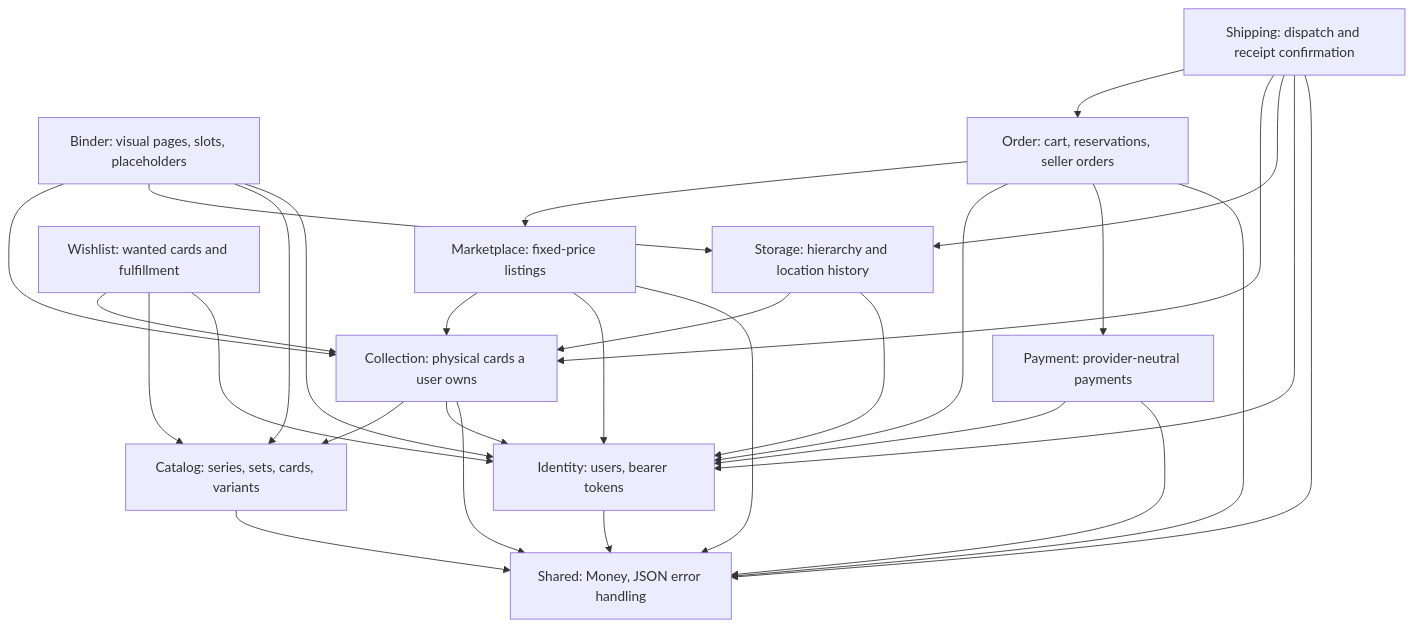
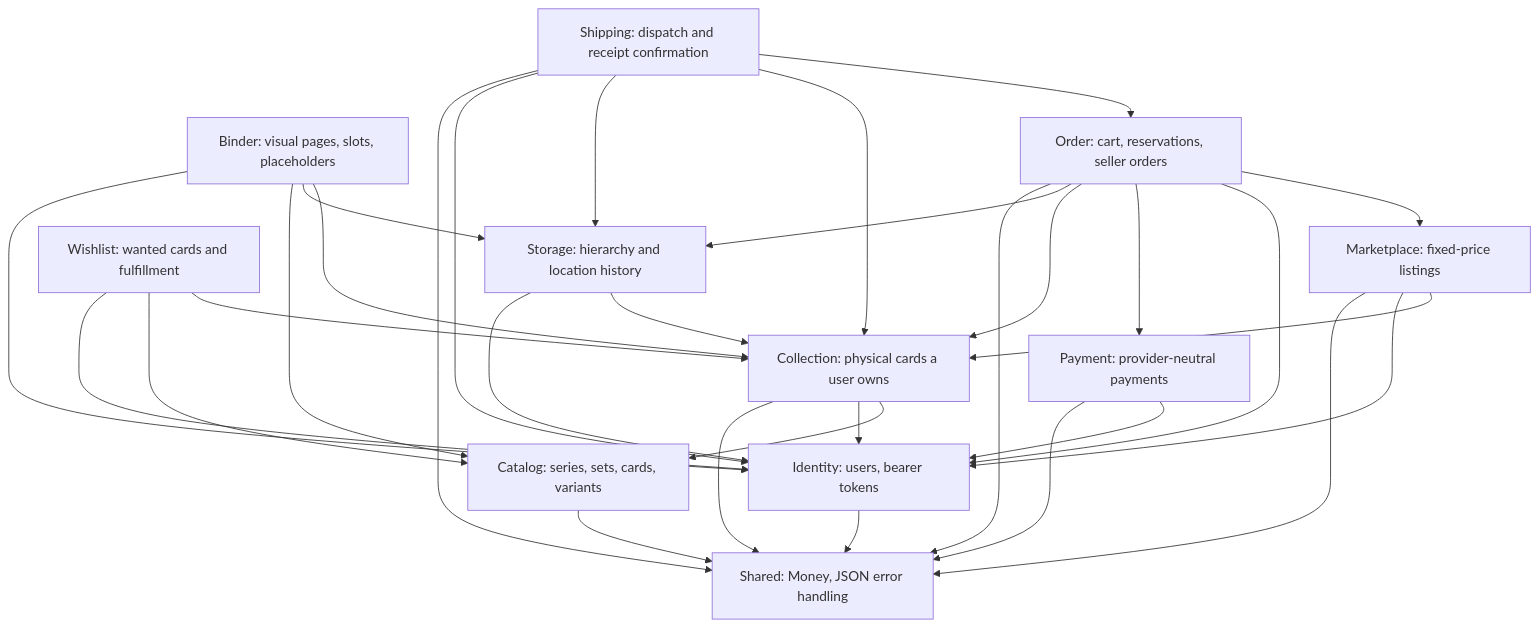
Before and after one commit to Jelmer-Ketelaar/CardNest: the diagram in README.md, drawn with Mermaid. The commit also changed other lines of this file and 19 other files, not shown here.

Commit message:
[main] Add confirmed order item collection import

````diff
--- a/README.md
+++ b/README.md
@@ -201,43 +202,45 @@
 ```mermaid
 flowchart TD
     Identity[Identity: users, bearer tokens]
     Catalog[Catalog: series, sets, cards, variants]
     Collection[Collection: physical cards a user owns]
     Storage[Storage: hierarchy and location history]
     Binder[Binder: visual pages, slots, placeholders]
     Wishlist[Wishlist: wanted cards and fulfillment]
     Marketplace[Marketplace: fixed-price listings]
     Order[Order: cart, reservations, seller orders]
     Payment[Payment: provider-neutral payments]
     Shipping[Shipping: dispatch and receipt confirmation]
     Shared[Shared: Money, JSON error handling]
 
     Collection --> Catalog
     Collection --> Identity
     Storage --> Collection
     Storage --> Identity
     Binder --> Collection
     Binder --> Storage
     Binder --> Catalog
     Binder --> Identity
     Wishlist --> Collection
     Wishlist --> Catalog
     Wishlist --> Identity
     Marketplace --> Collection
     Marketplace --> Identity
     Marketplace --> Shared
     Order --> Marketplace
     Order --> Identity
     Order --> Payment
+    Order --> Collection
+    Order --> Storage
     Order --> Shared
     Shipping --> Order
     Shipping --> Collection
     Shipping --> Storage
     Shipping --> Identity
     Shipping --> Shared
     Payment --> Identity
     Payment --> Shared
     Catalog --> Shared
     Collection --> Shared
     Identity --> Shared
 ```
````
